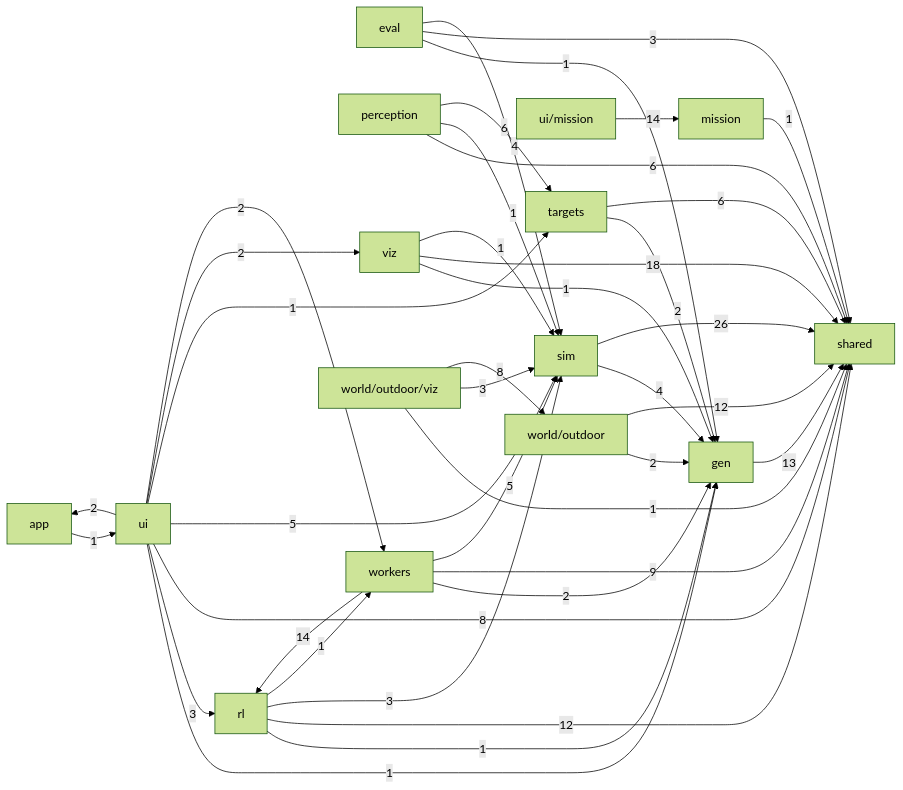
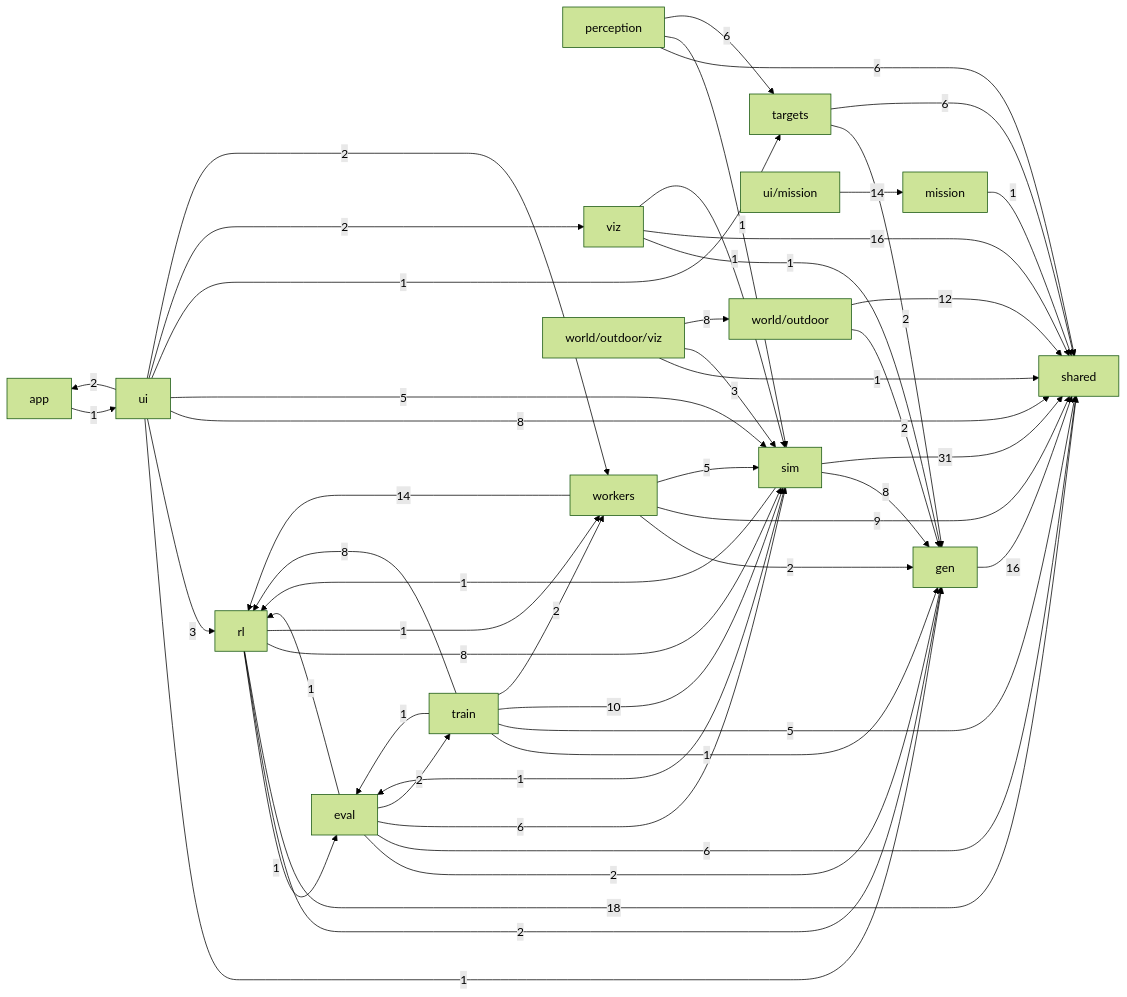
One commit to alexnieves-cs/frontier-fly changed the second of 2 diagrams in docs/ARCHITECTURE.md. Above: the diagram before and after it, drawn with Mermaid (forest theme). The commit also changed other lines of this file and 4 other files, not shown here.

First line of the commit message:
Re-run benchmarks on the new indoor policy with the shared eval protocol

````diff
--- a/docs/ARCHITECTURE.md
+++ b/docs/ARCHITECTURE.md
@@ -74,56 +75,68 @@
 ```mermaid
 flowchart LR
   app["app"]
   eval["eval"]
   gen["gen"]
   mission["mission"]
   perception["perception"]
   rl["rl"]
   shared["shared"]
   sim["sim"]
   targets["targets"]
+  train["train"]
   ui["ui"]
   ui_mission["ui/mission"]
   viz["viz"]
   workers["workers"]
   world_outdoor["world/outdoor"]
   world_outdoor_viz["world/outdoor/viz"]
   app -->|1| ui
-  eval -->|1| gen
-  eval -->|3| shared
-  eval -->|4| sim
-  gen -->|13| shared
+  eval -->|2| gen
+  eval -->|1| rl
+  eval -->|6| shared
+  eval -->|6| sim
+  eval -->|2| train
+  gen -->|16| shared
   mission -->|1| shared
   perception -->|6| shared
   perception -->|1| sim
   perception -->|6| targets
-  rl -->|1| gen
-  rl -->|12| shared
-  rl -->|3| sim
+  rl -->|1| eval
+  rl -->|2| gen
+  rl -->|18| shared
+  rl -->|8| sim
   rl -->|1| workers
-  sim -->|4| gen
-  sim -->|26| shared
+  sim -->|1| eval
+  sim -->|8| gen
+  sim -->|1| rl
+  sim -->|31| shared
   targets -->|2| gen
   targets -->|6| shared
+  train -->|1| eval
+  train -->|1| gen
+  train -->|8| rl
+  train -->|5| shared
+  train -->|10| sim
+  train -->|2| workers
   ui_mission -->|14| mission
   ui -->|2| app
   ui -->|1| gen
   ui -->|3| rl
   ui -->|8| shared
   ui -->|5| sim
   ui -->|1| targets
   ui -->|2| viz
   ui -->|2| workers
   viz -->|1| gen
-  viz -->|18| shared
+  viz -->|16| shared
   viz -->|1| sim
   workers -->|2| gen
   workers -->|14| rl
   workers -->|9| shared
   workers -->|5| sim
   world_outdoor_viz -->|1| shared
   world_outdoor_viz -->|3| sim
   world_outdoor_viz -->|8| world_outdoor
   world_outdoor -->|2| gen
   world_outdoor -->|12| shared
 ```
````
